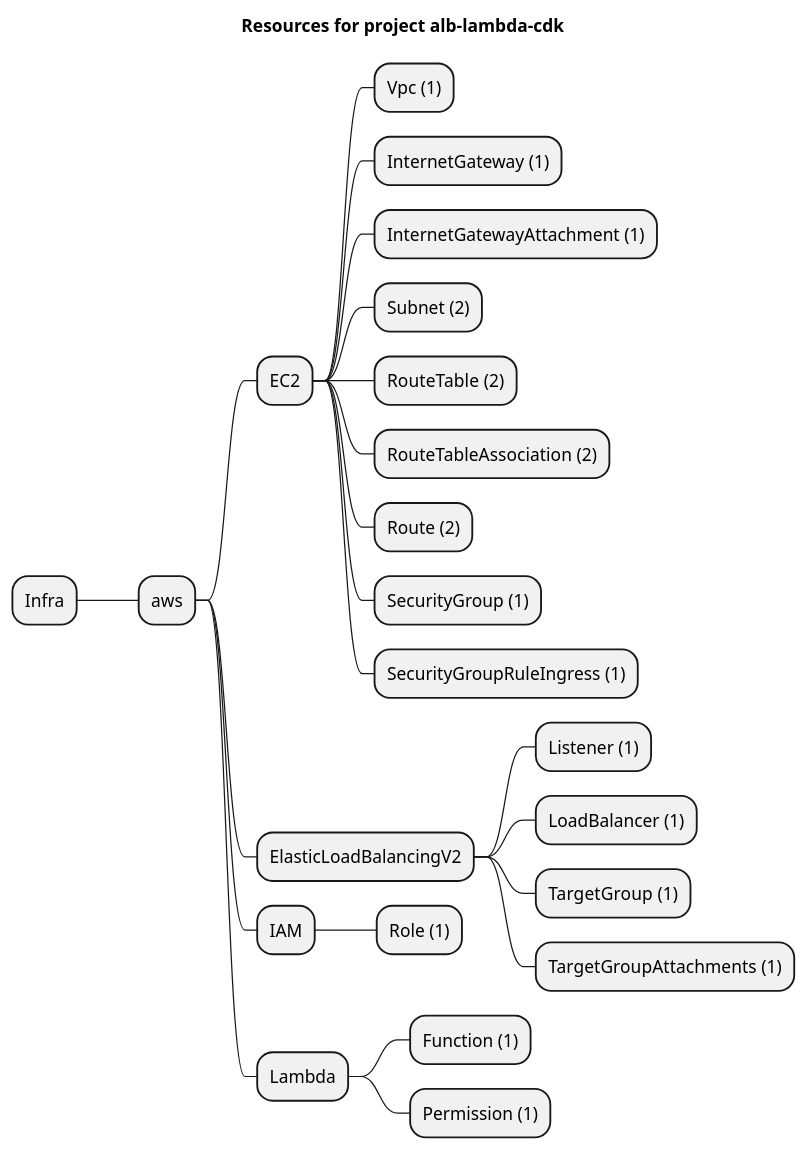
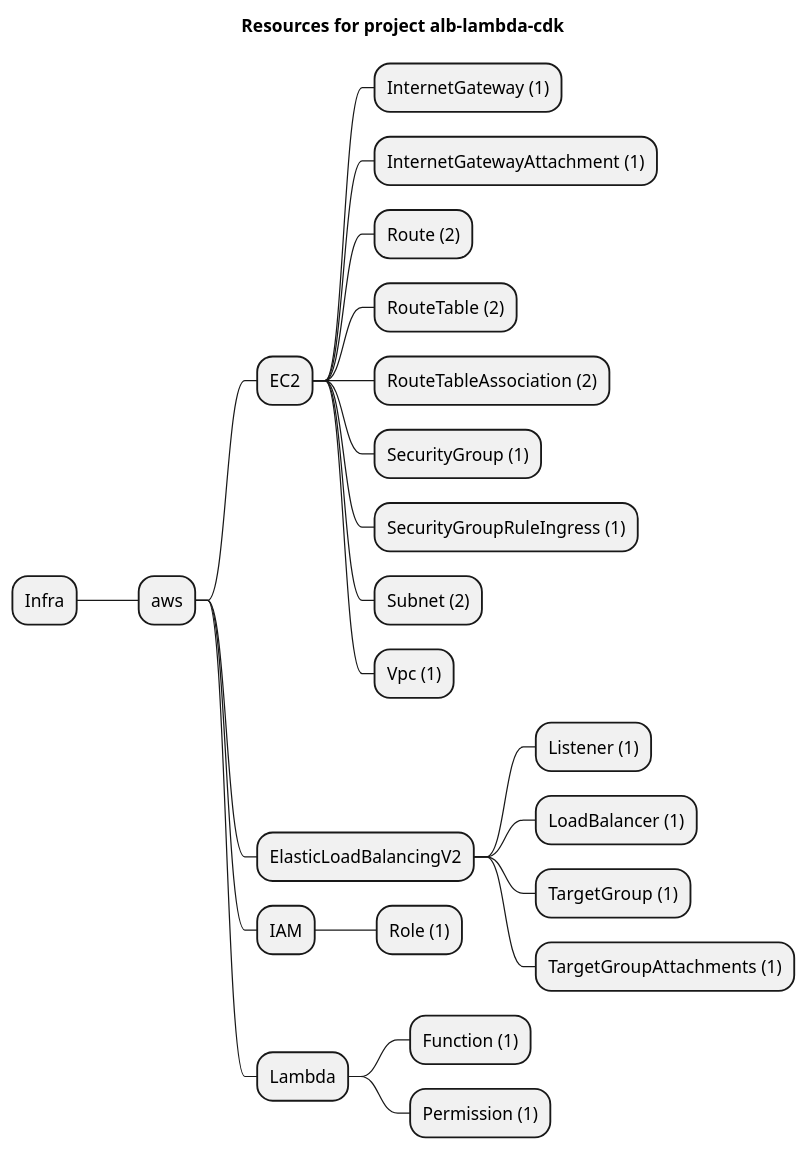
The diagram in examples/aws/ElasticLoadBalancingV2/alb-lambda-cdk/artifacts/resources-mindmap.puml (grucloud/grucloud), drawn with PlantUML before and after one commit. The commit also changed other lines of this file and 49 other files, not shown here.

```diff
--- a/examples/aws/ElasticLoadBalancingV2/alb-lambda-cdk/artifacts/resources-mindmap.puml
+++ b/examples/aws/ElasticLoadBalancingV2/alb-lambda-cdk/artifacts/resources-mindmap.puml
@@ -1,26 +1,26 @@
 @startmindmap
 title Resources for project alb-lambda-cdk
 skinparam monochrome true
 + Infra
 ++ aws
 +++ EC2
-++++ Vpc (1)
 ++++ InternetGateway (1)
 ++++ InternetGatewayAttachment (1)
-++++ Subnet (2)
+++++ Route (2)
 ++++ RouteTable (2)
 ++++ RouteTableAssociation (2)
-++++ Route (2)
 ++++ SecurityGroup (1)
 ++++ SecurityGroupRuleIngress (1)
+++++ Subnet (2)
+++++ Vpc (1)
 +++ ElasticLoadBalancingV2
 ++++ Listener (1)
 ++++ LoadBalancer (1)
 ++++ TargetGroup (1)
 ++++ TargetGroupAttachments (1)
 +++ IAM
 ++++ Role (1)
 +++ Lambda
 ++++ Function (1)
 ++++ Permission (1)
 @endmindmap
```
